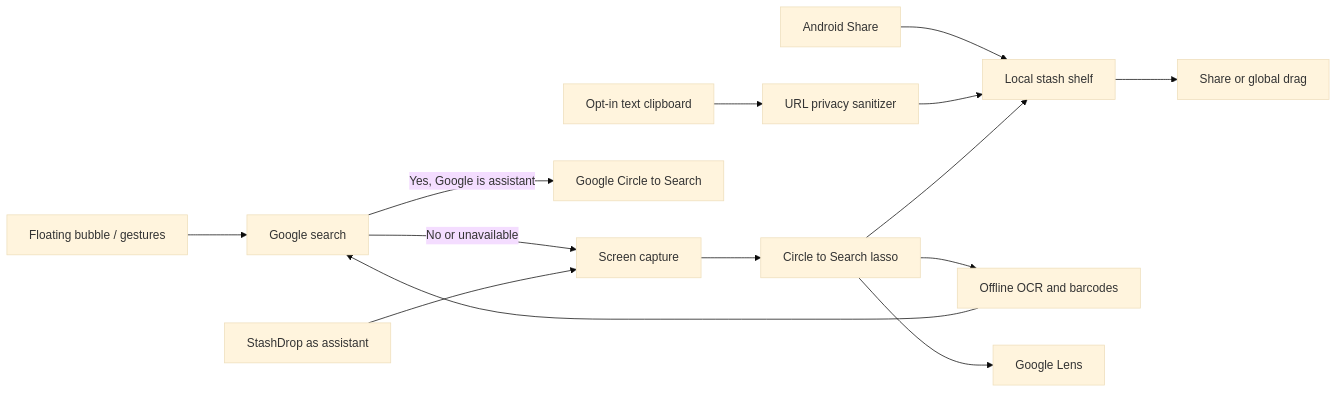
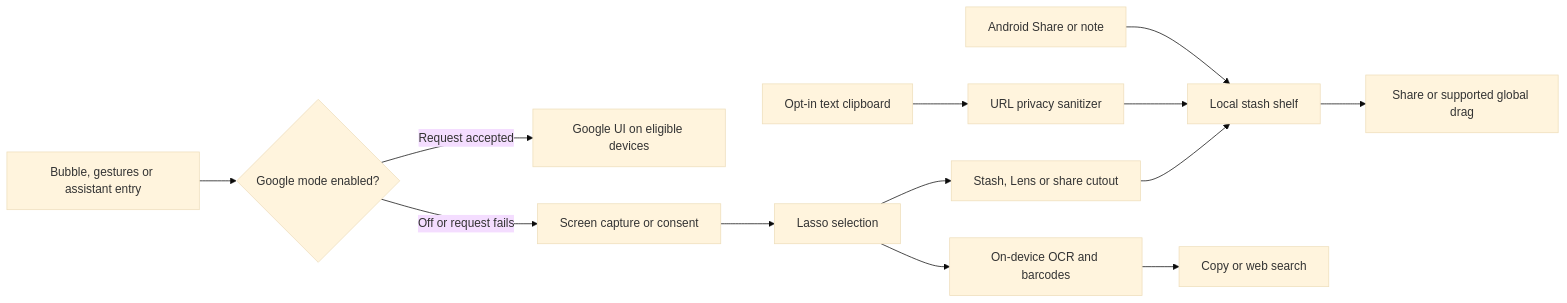
One commit to ankitchanki/New changed the diagram in README.md. Above: the diagram before and after it, drawn with Mermaid (base theme). The commit also changed other lines of this file and 11 other files, not shown here.

Commit message:
Document current features, architecture, and future UI roadmap

````diff
--- a/README.md
+++ b/README.md
@@ -159,16 +172,15 @@
 ```mermaid
 flowchart LR
-    Share[Android Share] --> Shelf[Local stash shelf]
+    Share[Android Share or note] --> Shelf[Local stash shelf]
     Copy[Opt-in text clipboard] --> Clean[URL privacy sanitizer]
     Clean --> Shelf
-    Dock[Floating bubble / gestures] --> Google{Google Circle to Search on?}
-    Google -->|Yes, Google is assistant| GCTS[Google Circle to Search]
-    Google -->|No or unavailable| Capture[Screen capture]
-    Assist[StashDrop as assistant] --> Capture
-    Capture --> Circle[Circle to Search lasso]
-    Circle --> ML[Offline OCR and barcodes]
-    ML --> Google[Google search]
-    Circle --> Lens[Google Lens]
-    Circle --> Shelf
-    Shelf --> Out[Share or global drag]
+    Dock[Bubble, gestures or assistant entry] --> Route{Google mode enabled?}
+    Route -->|Request accepted| Native[Google UI on eligible devices]
+    Route -->|Off or request fails| Capture[Screen capture or consent]
+    Capture --> Circle[Lasso selection]
+    Circle --> ML[On-device OCR and barcodes]
+    ML --> Actions[Copy or web search]
+    Circle --> ImageActions[Stash, Lens or share cutout]
+    ImageActions --> Shelf
+    Shelf --> Out[Share or supported global drag]
 ```
````
